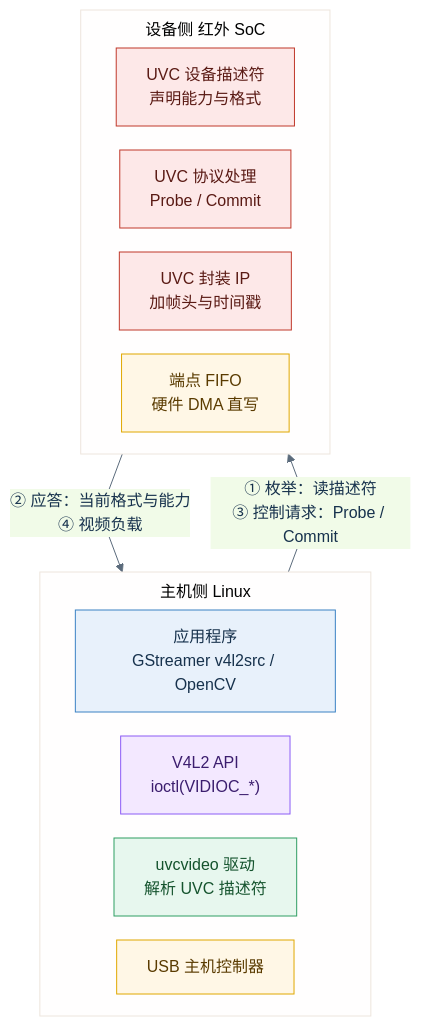
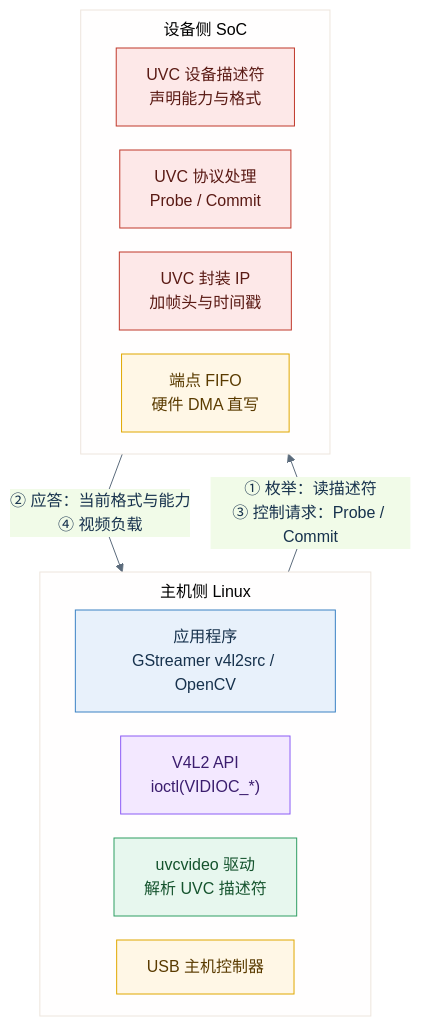
The seventh of 10 diagrams in content/posts/architecture/soc_video_pipeline_v4l2_dma_buf.md (DeguiLiu/tech-notes), drawn with Mermaid before and after one commit. The commit also changed other lines of this file, not shown here.

Commit message:
story-docs(blog): add framework split figure and drop migration narrative

````diff
--- a/content/posts/architecture/soc_video_pipeline_v4l2_dma_buf.md
+++ b/content/posts/architecture/soc_video_pipeline_v4l2_dma_buf.md
@@ -445,26 +471,26 @@
 ```mermaid
 %%{init: {'theme':'base','flowchart':{'nodeSpacing':24,'rankSpacing':46,'curve':'linear','subGraphTitleMargin':{'top':8,'bottom':8}},'themeVariables':{'primaryColor':'#E8F1FB','primaryTextColor':'#17324D','primaryBorderColor':'#3B82C4','lineColor':'#5B6B7C'}}}%%
 flowchart TB
   subgraph HOST["主机侧 Linux"]
     direction LR
     H1["应用程序<br/>GStreamer v4l2src / OpenCV"]:::app
     H2["V4L2 API<br/>ioctl(VIDIOC_*)"]:::api
     H3["uvcvideo 驱动<br/>解析 UVC 描述符"]:::drv
     H4["USB 主机控制器"]:::hw
   end
-  subgraph DEV["设备侧 红外 SoC"]
+  subgraph DEV["设备侧 SoC"]
     direction LR
     D1["UVC 设备描述符<br/>声明能力与格式"]:::dev
     D2["UVC 协议处理<br/>Probe / Commit"]:::dev
     D3["UVC 封装 IP<br/>加帧头与时间戳"]:::dev
     D4["端点 FIFO<br/>硬件 DMA 直写"]:::buf
   end
   HOST -->|"① 枚举：读描述符<br/>③ 控制请求：Probe / Commit"| DEV
   DEV -->|"② 应答：当前格式与能力<br/>④ 视频负载"| HOST
   classDef app fill:#E8F1FB,stroke:#3B82C4,color:#17324D
   classDef api fill:#F3E8FF,stroke:#8B5CF6,color:#3B1D6E
   classDef drv fill:#E7F7EE,stroke:#2F9E63,color:#14532D
   classDef dev fill:#FDE8E8,stroke:#C0392B,color:#5A1A14
   classDef buf fill:#FFF7E6,stroke:#E0A800,color:#5A3B00
   classDef hw fill:#FFF7E6,stroke:#E0A800,color:#5A3B00
 ```
````
